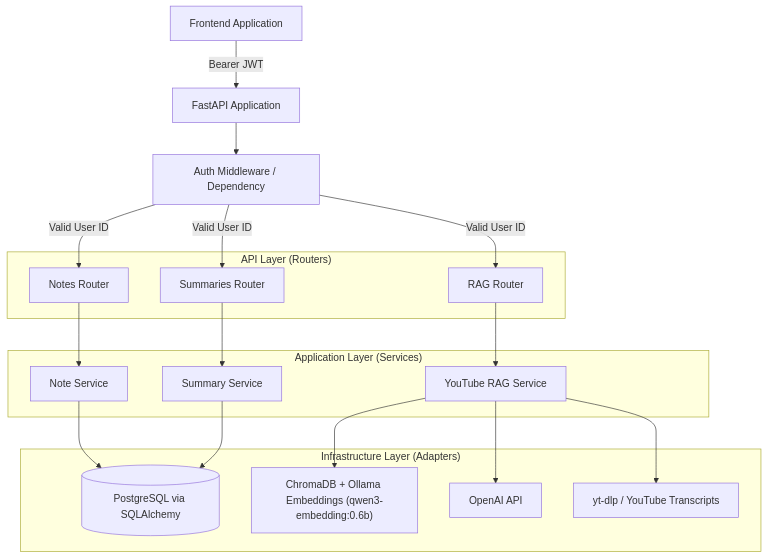
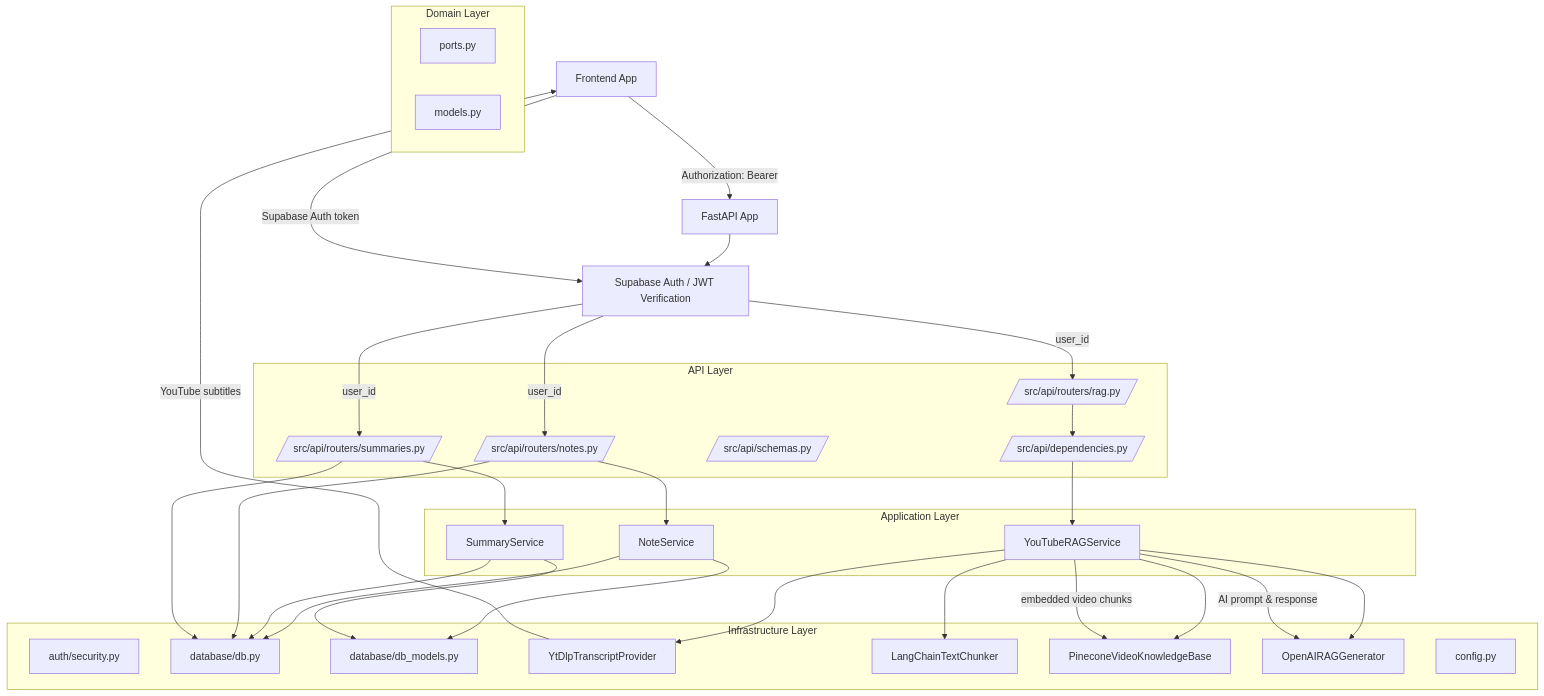
Before and after one commit to Macowen14/youtube_RAG: the first of 3 diagrams in mermaid.md, drawn with Mermaid. The commit also changed other lines of this file, not shown here.

````diff
--- a/mermaid.md
+++ b/mermaid.md
@@ -7,43 +7,64 @@
 ```mermaid
 graph TD
-    Client[Frontend Application]
-    FastAPI[FastAPI Application]
-    AuthMiddleware[Auth Middleware / Dependency]
-    
-    subgraph "API Layer (Routers)"
-        RouterRAG[RAG Router]
-        RouterNotes[Notes Router]
-        RouterSummaries[Summaries Router]
+    Frontend[Frontend App]
+    FastAPI[FastAPI App]
+    SupabaseAuth[Supabase Auth / JWT Verification]
+
+    subgraph "API Layer"
+        RagRouter[/src/api/routers/rag.py/]
+        NotesRouter[/src/api/routers/notes.py/]
+        SummariesRouter[/src/api/routers/summaries.py/]
+        Schemas[/src/api/schemas.py/]
+        Dependencies[/src/api/dependencies.py/]
     end
-    
-    subgraph "Application Layer (Services)"
-        ServiceRAG[YouTube RAG Service]
-        ServiceNotes[Note Service]
-        ServiceSummaries[Summary Service]
+
+    subgraph "Application Layer"
+        RAGService[YouTubeRAGService]
+        NoteService[NoteService]
+        SummaryService[SummaryService]
     end
-    
-    subgraph "Infrastructure Layer (Adapters)"
-        DB[(PostgreSQL via SQLAlchemy)]
-        VectorDB["ChromaDB + Ollama Embeddings (qwen3-embedding:0.6b)"]
-        LLM[OpenAI API]
-        TranscriptAPI[yt-dlp / YouTube Transcripts]
+
+    subgraph "Domain Layer"
+        Ports[ports.py]
+        Models[models.py]
     end
-    
-    Client -- "Bearer JWT" --> FastAPI
-    FastAPI --> AuthMiddleware
-    
-    AuthMiddleware -- "Valid User ID" --> RouterRAG
-    AuthMiddleware -- "Valid User ID" --> RouterNotes
-    AuthMiddleware -- "Valid User ID" --> RouterSummaries
-    
-    RouterRAG --> ServiceRAG
-    RouterNotes --> ServiceNotes
-    RouterSummaries --> ServiceSummaries
-    
-    ServiceRAG --> VectorDB
-    ServiceRAG --> LLM
-    ServiceRAG --> TranscriptAPI
-    
-    ServiceNotes --> DB
-    ServiceSummaries --> DB
+
+    subgraph "Infrastructure Layer"
+        Auth[auth/security.py]
+        DB[database/db.py]
+        DBModels[database/db_models.py]
+        Transcript[YtDlpTranscriptProvider]
+        Chunker[LangChainTextChunker]
+        KnowledgeBase[PineconeVideoKnowledgeBase]
+        LLM[OpenAIRAGGenerator]
+        Config[config.py]
+    end
+
+    Frontend -- "Authorization: Bearer <JWT>" --> FastAPI
+    FastAPI --> SupabaseAuth
+    SupabaseAuth -->|user_id| RagRouter
+    SupabaseAuth -->|user_id| NotesRouter
+    SupabaseAuth -->|user_id| SummariesRouter
+
+    RagRouter --> Dependencies
+    NotesRouter --> NoteService
+    SummariesRouter --> SummaryService
+
+    Dependencies --> RAGService
+    RAGService --> Transcript
+    RAGService --> Chunker
+    RAGService --> KnowledgeBase
+    RAGService --> LLM
+
+    NoteService --> DB
+    SummaryService --> DB
+    NoteService --> DBModels
+    SummaryService --> DBModels
+    NotesRouter --> DB
+    SummariesRouter --> DB
+
+    Frontend -->|Supabase Auth token| SupabaseAuth
+    RAGService -->|embedded video chunks| KnowledgeBase
+    RAGService -->|AI prompt & response| LLM
+    Transcript -->|YouTube subtitles| Frontend
 ```
````
